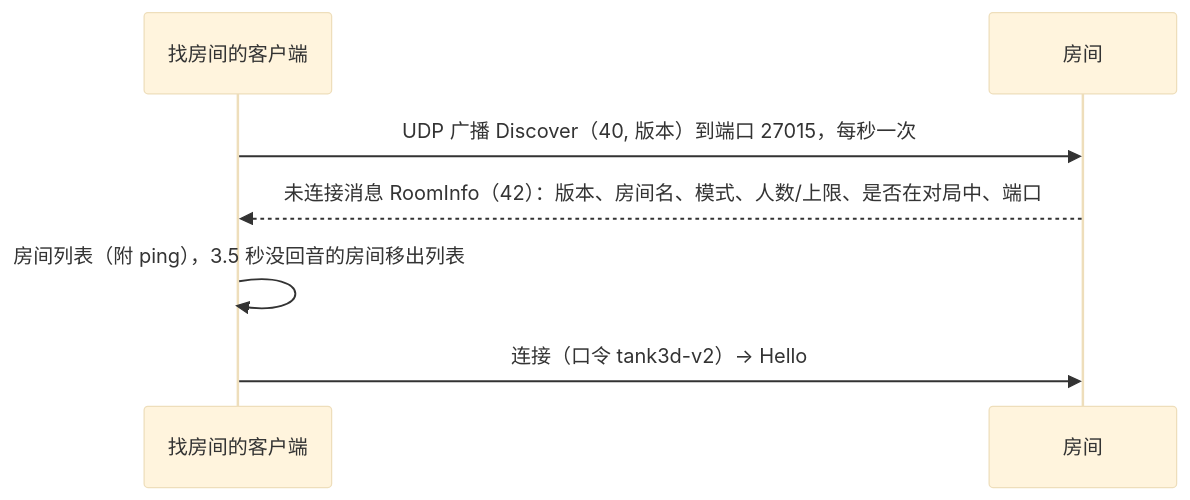
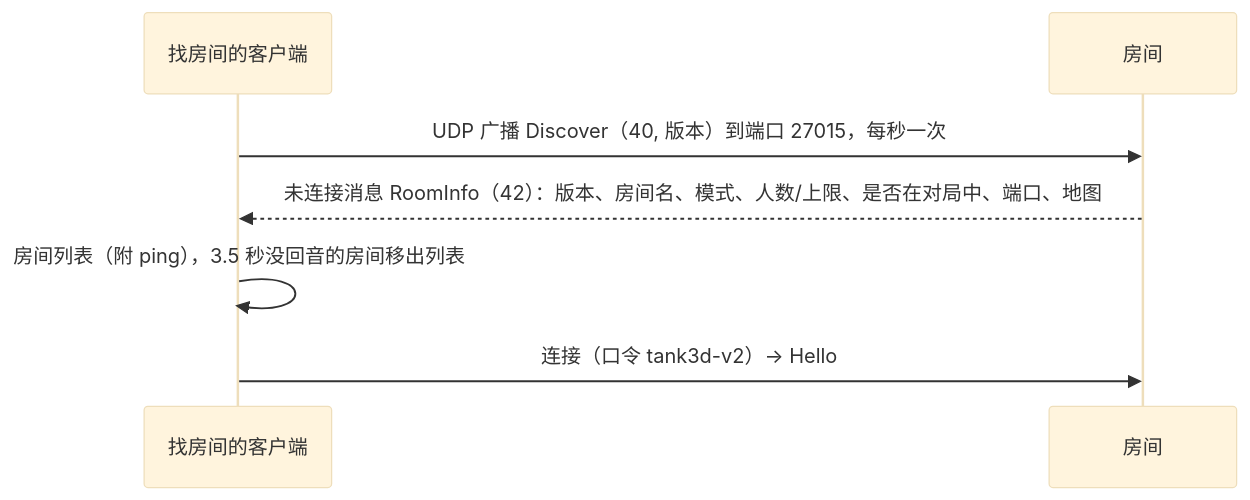
The second of 2 diagrams in docs/03-netcode.md (Murphycx94/BattleCity), drawn with Mermaid (base theme) before and after one commit. The commit also changed other lines of this file and 198 other files, not shown here.

````diff
--- a/docs/03-netcode.md
+++ b/docs/03-netcode.md
@@ -277,9 +286,9 @@
 ```mermaid
 sequenceDiagram
   participant C as 找房间的客户端
   participant H as 房间
   C->>H: UDP 广播 Discover（40, 版本）到端口 27015，每秒一次
-  H-->>C: 未连接消息 RoomInfo（42）：版本、房间名、模式、人数/上限、是否在对局中、端口
+  H-->>C: 未连接消息 RoomInfo（42）：版本、房间名、模式、人数/上限、是否在对局中、端口、地图
   C->>C: 房间列表（附 ping），3.5 秒没回音的房间移出列表
   C->>H: 连接（口令 tank3d-v2）→ Hello
 ```
````
